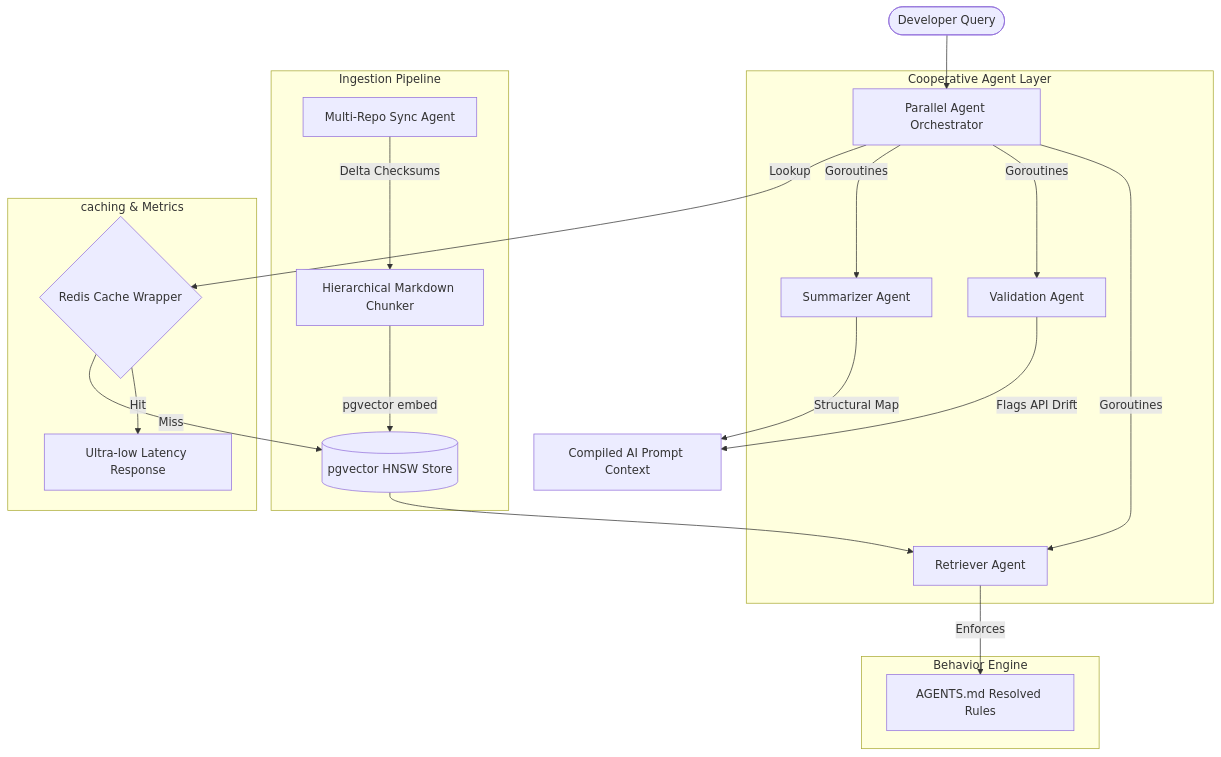
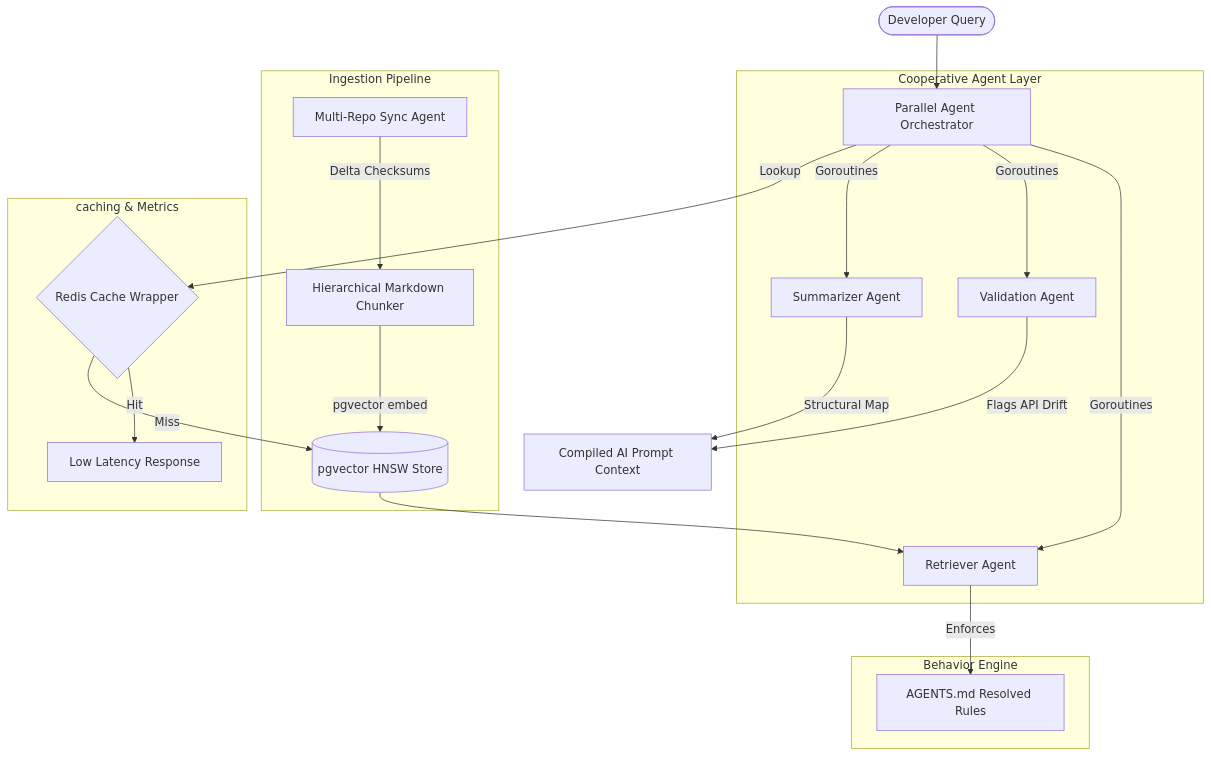
Before and after one commit to Priya-Sharma25/contextmesh: the diagram in README.md, drawn with Mermaid. The commit also changed other lines of this file, not shown here.

````diff
--- a/README.md
+++ b/README.md
@@ -22,29 +22,29 @@
 ```mermaid
 graph TD
     User([Developer Query]) --> Orchestrator[Parallel Agent Orchestrator]
     
     subgraph Agents [Cooperative Agent Layer]
         Orchestrator -->|Goroutines| Retriever[Retriever Agent]
         Orchestrator -->|Goroutines| Validator[Validation Agent]
         Orchestrator -->|Goroutines| Summarizer[Summarizer Agent]
     end
 
     subgraph Policies [Behavior Engine]
         Retriever -->|Enforces| AST[AGENTS.md Resolved Rules]
     end
 
     subgraph Ingestion [Ingestion Pipeline]
         Sync[Multi-Repo Sync Agent] -->|Delta Checksums| Chunker[Hierarchical Markdown Chunker]
         Chunker -->|pgvector embed| DB[(pgvector HNSW Store)]
     end
 
     subgraph Telemetry [caching & Metrics]
         Orchestrator -->|Lookup| Redis{Redis Cache Wrapper}
-        Redis -->|Hit| Return[Ultra-low Latency Response]
+        Redis -->|Hit| Return[Low Latency Response]
         Redis -->|Miss| DB
     end
 
     DB --> Retriever
     Validator -->|Flags API Drift| Output[Compiled AI Prompt Context]
     Summarizer -->|Structural Map| Output
 ```
````
